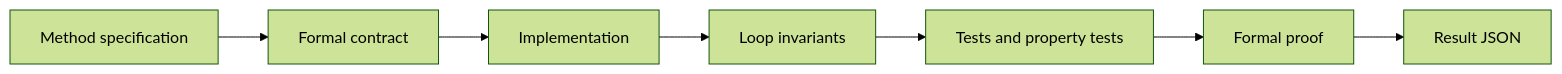
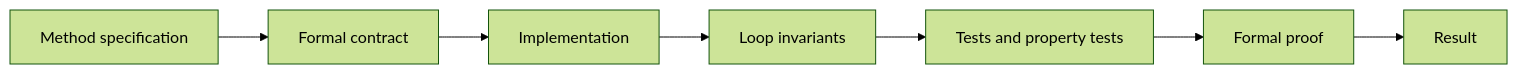
The second of 3 diagrams in docs/progress.md (sachinkumarsingh092/multi-agent-leetproof), drawn with Mermaid (forest theme) before and after one commit. The commit also changed other lines of this file, not shown here.

````diff
--- a/docs/progress.md
+++ b/docs/progress.md
@@ -37,9 +30,9 @@
 ```mermaid
 flowchart LR
     A[Method specification] --> B[Formal contract]
     B --> C[Implementation]
     C --> D[Loop invariants]
     D --> E[Tests and property tests]
     E --> F[Formal proof]
-    F --> G[Result JSON]
+    F --> G[Result]
 ```
````
